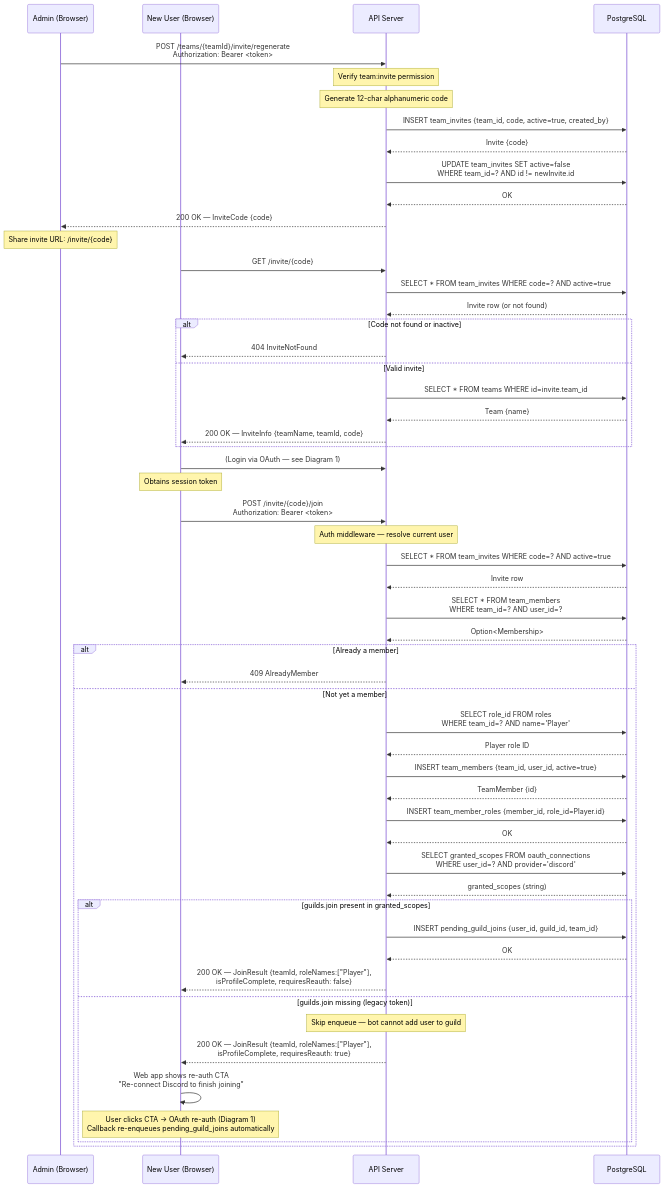
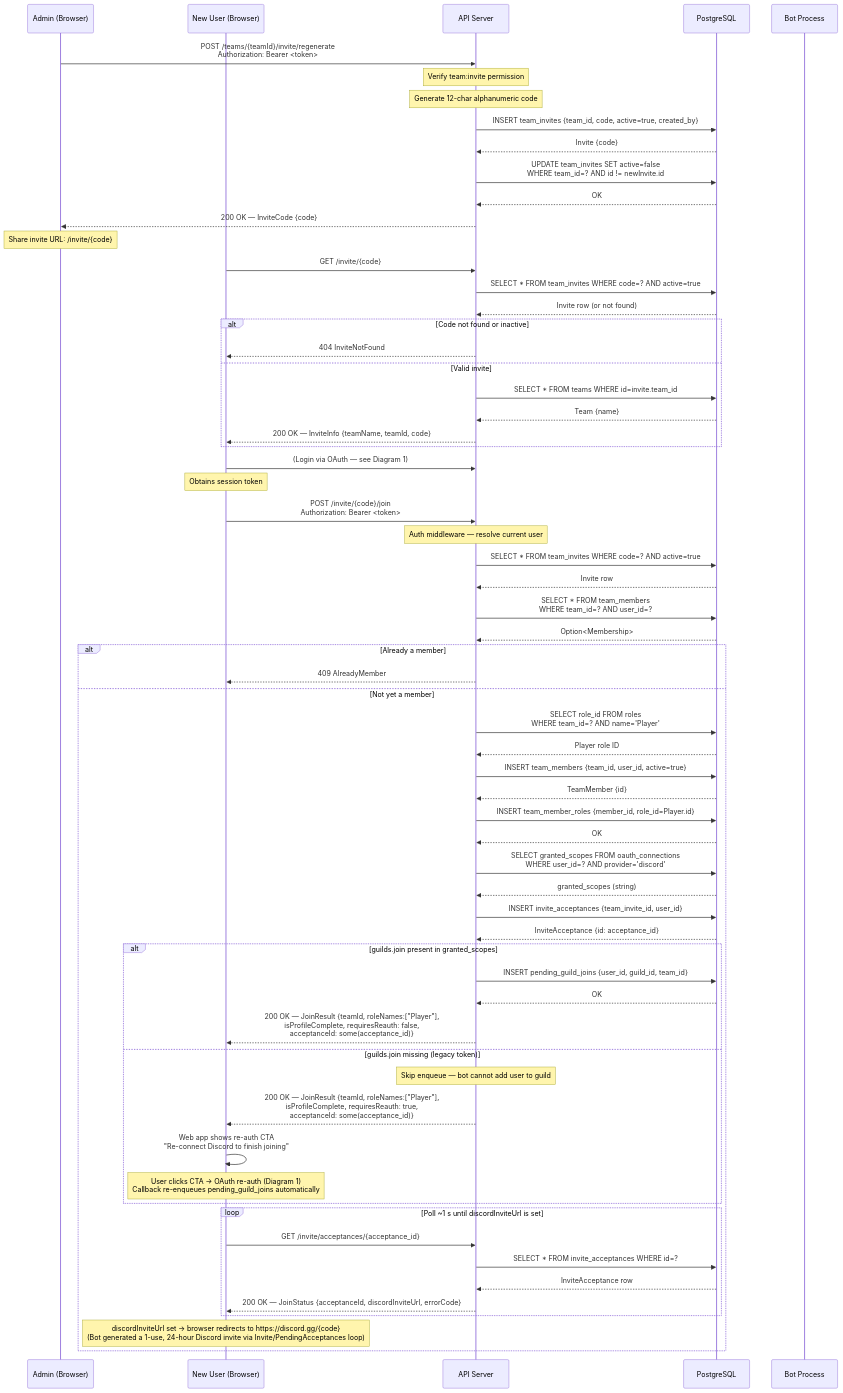
The tenth of 10 diagrams in docs/thesis/sequence-diagrams.md (sideline-cz/sideline), drawn with Mermaid before and after one commit. The commit also changed other lines of this file and 50 other files, not shown here.

First line of the commit message:
feat: per-acceptance one-time Discord invites (#260)

````diff
--- a/docs/thesis/sequence-diagrams.md
+++ b/docs/thesis/sequence-diagrams.md
@@ -617,69 +648,82 @@
 ```mermaid
 sequenceDiagram
     participant Admin as Admin (Browser)
     participant NewUser as New User (Browser)
     participant Server as API Server
     participant DB as PostgreSQL
+    participant Bot as Bot Process
 
     Admin->>Server: POST /teams/{teamId}/invite/regenerate<br/>Authorization: Bearer <token>
     Note over Server: Verify team:invite permission
     Note over Server: Generate 12-char alphanumeric code
     Server->>DB: INSERT team_invites {team_id, code, active=true, created_by}
     DB-->>Server: Invite {code}
     Server->>DB: UPDATE team_invites SET active=false<br/>WHERE team_id=? AND id != newInvite.id
     DB-->>Server: OK
     Server-->>Admin: 200 OK — InviteCode {code}
 
     Note over Admin: Share invite URL: /invite/{code}
 
     NewUser->>Server: GET /invite/{code}
     Server->>DB: SELECT * FROM team_invites WHERE code=? AND active=true
     DB-->>Server: Invite row (or not found)
 
     alt Code not found or inactive
         Server-->>NewUser: 404 InviteNotFound
     else Valid invite
         Server->>DB: SELECT * FROM teams WHERE id=invite.team_id
         DB-->>Server: Team {name}
         Server-->>NewUser: 200 OK — InviteInfo {teamName, teamId, code}
     end
 
     NewUser->>Server: (Login via OAuth — see Diagram 1)
     Note over NewUser: Obtains session token
 
     NewUser->>Server: POST /invite/{code}/join<br/>Authorization: Bearer <token>
     Note over Server: Auth middleware — resolve current user
 
     Server->>DB: SELECT * FROM team_invites WHERE code=? AND active=true
     DB-->>Server: Invite row
 
     Server->>DB: SELECT * FROM team_members<br/>WHERE team_id=? AND user_id=?
     DB-->>Server: Option<Membership>
 
     alt Already a member
         Server-->>NewUser: 409 AlreadyMember
     else Not yet a member
         Server->>DB: SELECT role_id FROM roles<br/>WHERE team_id=? AND name='Player'
         DB-->>Server: Player role ID
 
         Server->>DB: INSERT team_members {team_id, user_id, active=true}
         DB-->>Server: TeamMember {id}
 
         Server->>DB: INSERT team_member_roles {member_id, role_id=Player.id}
         DB-->>Server: OK
 
         Server->>DB: SELECT granted_scopes FROM oauth_connections<br/>WHERE user_id=? AND provider='discord'
         DB-->>Server: granted_scopes (string)
 
+        Server->>DB: INSERT invite_acceptances {team_invite_id, user_id}
+        DB-->>Server: InviteAcceptance {id: acceptance_id}
+
         alt guilds.join present in granted_scopes
             Server->>DB: INSERT pending_guild_joins {user_id, guild_id, team_id}
             DB-->>Server: OK
-            Server-->>NewUser: 200 OK — JoinResult {teamId, roleNames:["Player"],<br/>isProfileComplete, requiresReauth: false}
+            Server-->>NewUser: 200 OK — JoinResult {teamId, roleNames:["Player"],<br/>isProfileComplete, requiresReauth: false,<br/>acceptanceId: some(acceptance_id)}
         else guilds.join missing (legacy token)
             Note over Server: Skip enqueue — bot cannot add user to guild
-            Server-->>NewUser: 200 OK — JoinResult {teamId, roleNames:["Player"],<br/>isProfileComplete, requiresReauth: true}
+            Server-->>NewUser: 200 OK — JoinResult {teamId, roleNames:["Player"],<br/>isProfileComplete, requiresReauth: true,<br/>acceptanceId: some(acceptance_id)}
             NewUser->>NewUser: Web app shows re-auth CTA<br/>"Re-connect Discord to finish joining"
             Note over NewUser: User clicks CTA → OAuth re-auth (Diagram 1)<br/>Callback re-enqueues pending_guild_joins automatically
         end
+
+        loop Poll ~1 s until discordInviteUrl is set
+            NewUser->>Server: GET /invite/acceptances/{acceptance_id}
+            Server->>DB: SELECT * FROM invite_acceptances WHERE id=?
+            DB-->>Server: InviteAcceptance row
+            Server-->>NewUser: 200 OK — JoinStatus {acceptanceId, discordInviteUrl, errorCode}
+        end
+
+        Note over NewUser: discordInviteUrl set → browser redirects to https://discord.gg/{code}<br/>(Bot generated a 1-use, 24-hour Discord invite via Invite/PendingAcceptances loop)
     end
 ```
````
